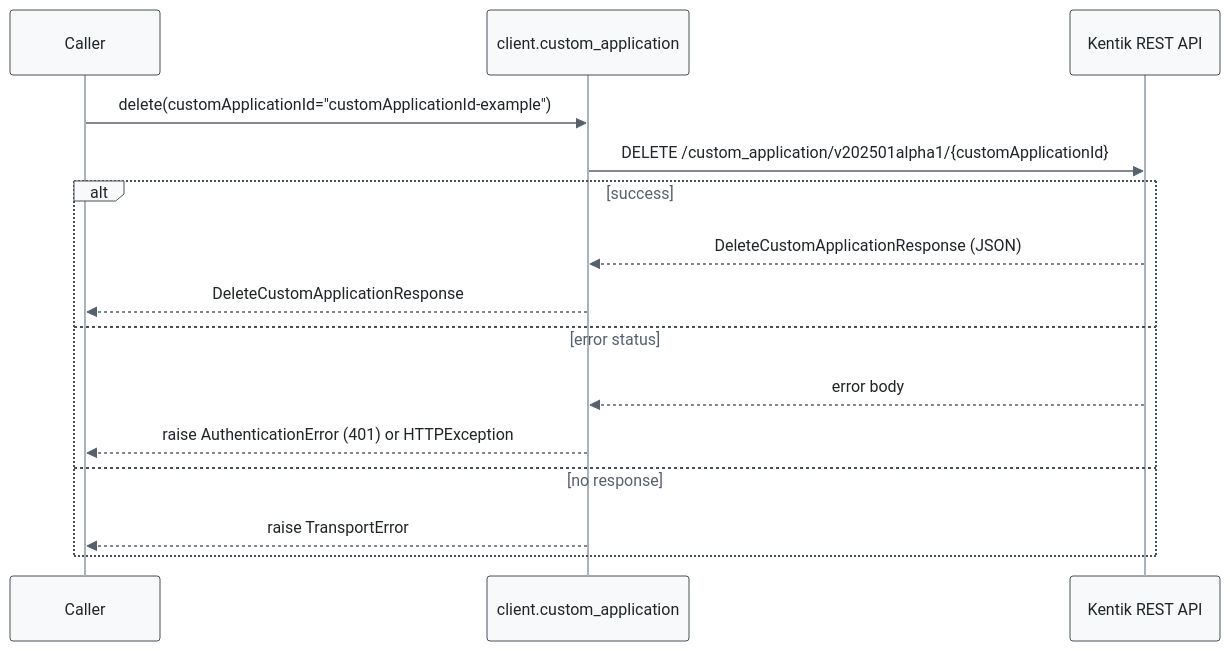
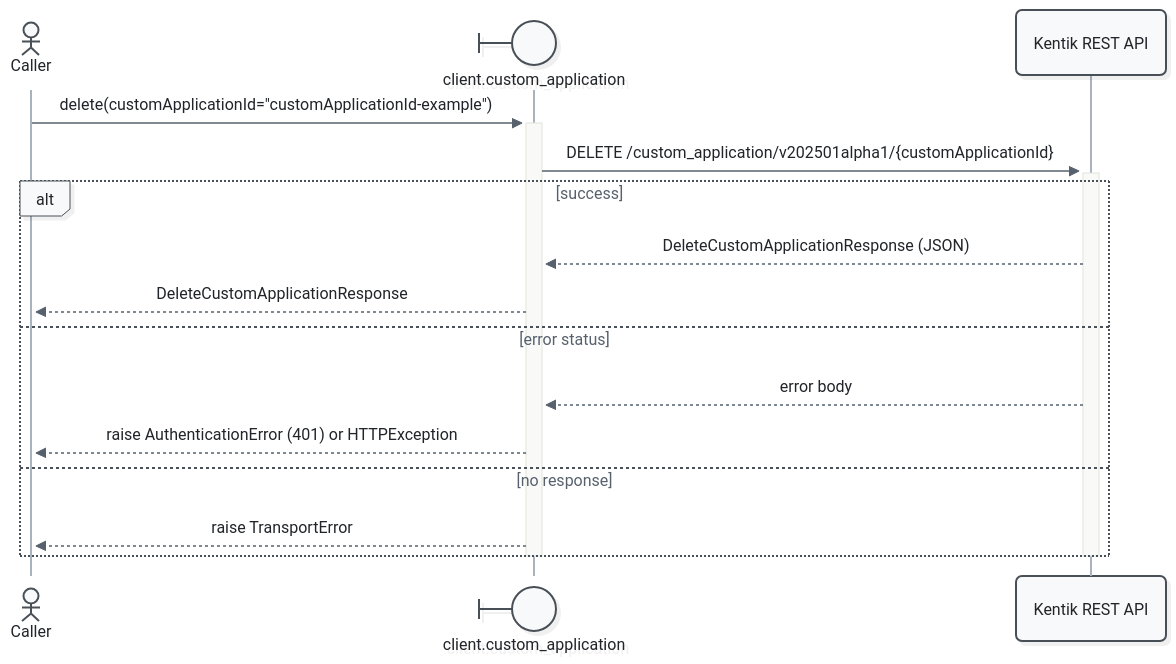
The ninth of 11 diagrams in docs/sphinx/services/custom_application.md (alexdearaujo/community_sdk_python), drawn with Mermaid before and after one commit. The commit also changed other lines of this file and 52 other files, not shown here.

First line of the commit message:
docs: Mermaid 12 sequence diagrams with participant types and path colors

````diff
--- a/docs/sphinx/services/custom_application.md
+++ b/docs/sphinx/services/custom_application.md
@@ -341,19 +361,21 @@
 ```mermaid
-%%{init: {"theme": "base", "fontFamily": "ui-monospace, SFMono-Regular, Menlo, monospace", "themeVariables": {"fontFamily": "ui-monospace, SFMono-Regular, Menlo, monospace", "primaryColor": "#f8f9fa", "primaryBorderColor": "#495057", "primaryTextColor": "#212529", "textColor": "#212529", "lineColor": "#77818c", "edgeLabelBackground": "#ffffff", "actorBkg": "#f8f9fa", "actorBorder": "#495057", "actorTextColor": "#212529", "actorLineColor": "#a9b3be", "signalColor": "#57616d", "signalTextColor": "#212529", "labelBoxBkgColor": "#f8f9fa", "labelBoxBorderColor": "#495057", "labelTextColor": "#212529", "loopTextColor": "#57616d", "noteBkgColor": "#fff9db", "noteBorderColor": "#f08c00", "noteTextColor": "#a35a00"}, "flowchart": {"curve": "step", "nodeSpacing": 30, "rankSpacing": 70, "wrappingWidth": 400}}}%%
+%%{init: {"theme": "redux", "look": "neo", "layout": "dagre", "fontFamily": "ui-monospace, SFMono-Regular, Menlo, monospace", "themeVariables": {"fontFamily": "ui-monospace, SFMono-Regular, Menlo, monospace", "primaryColor": "#f8f9fa", "primaryBorderColor": "#495057", "primaryTextColor": "#212529", "textColor": "#212529", "lineColor": "#77818c", "edgeLabelBackground": "#ffffff", "actorBkg": "#f8f9fa", "actorBorder": "#495057", "actorTextColor": "#212529", "actorLineColor": "#a9b3be", "signalColor": "#57616d", "signalTextColor": "#212529", "labelBoxBkgColor": "#f8f9fa", "labelBoxBorderColor": "#495057", "labelTextColor": "#212529", "loopTextColor": "#57616d", "noteBkgColor": "#fff9db", "noteBorderColor": "#f08c00", "noteTextColor": "#a35a00"}, "sequence": {"activationWidth": 16}, "flowchart": {"curve": "step", "nodeSpacing": 30, "rankSpacing": 70, "wrappingWidth": 400}}}%%
 sequenceDiagram
-    participant C as Caller
-    participant W as client.custom_application
+    actor C as Caller
+    participant W@{ "type": "boundary" } as client.custom_application
     participant API as Kentik REST API
 
-    C->>W: delete(customApplicationId="customApplicationId-example")
-    W->>API: DELETE /custom_application/v202501alpha1/{customApplicationId}
+    C->>+W: delete(customApplicationId="customApplicationId-example")
+    W->>+API: DELETE /custom_application/v202501alpha1/{customApplicationId}
     alt success
         API-->>W: DeleteCustomApplicationResponse (JSON)
         W-->>C: DeleteCustomApplicationResponse
     else error status
         API-->>W: error body
         W-->>C: raise AuthenticationError (401) or HTTPException
     else no response
         W-->>C: raise TransportError
     end
+    deactivate API
+    deactivate W
 ```
````
